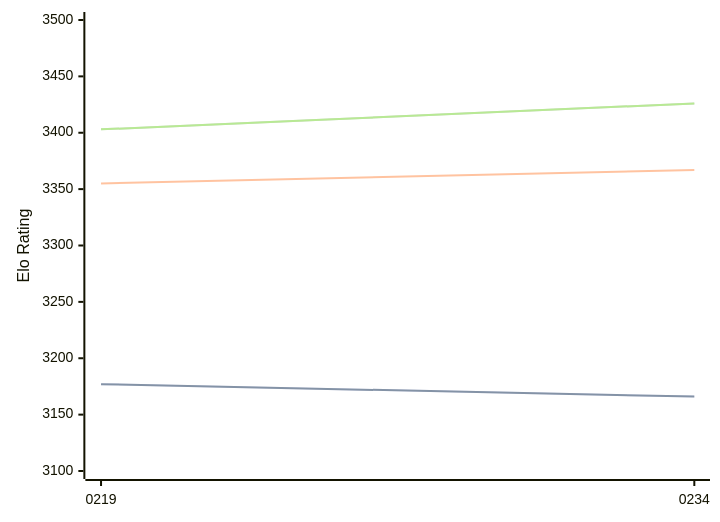
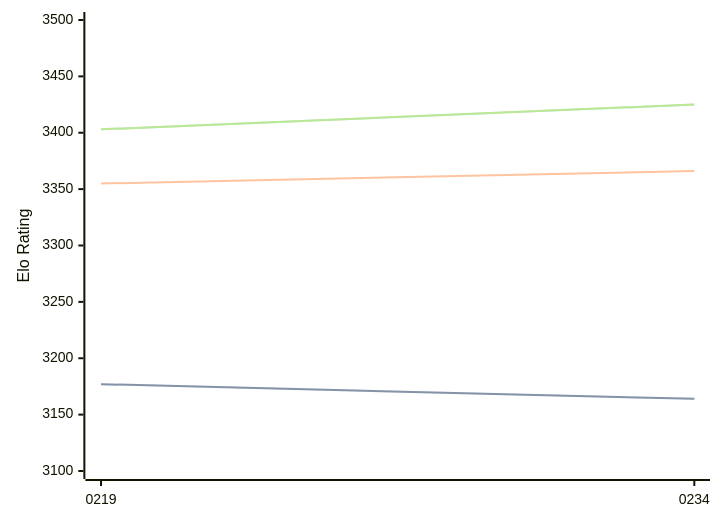
Before and after one commit to computer-chess-index/cci: the diagram in engines/Ynode.md, drawn with Mermaid. The commit also changed other lines of this file, not shown here.

Commit message:
Update CCI Ratings (ELO VLTC) - 2026-04-17

````diff
--- a/engines/Ynode.md
+++ b/engines/Ynode.md
@@ -39,11 +39,11 @@
 ```mermaid
 %%{init: {"theme":"base","themeVariables":{"seriesColors:['#a3a3a3','#222221','#faa371']}}}%%
 xychart-beta
   x-axis ["0219", "0234"]
   y-axis "Elo Rating" 3100 --> 3500
-  line "STC (8.0+0.08s)" [3177, 3166]
-  line "STC (8.0+0.08s)" [3177, 3166]
-  line "LTC (60.0+0.60s)" [3355, 3367]
-  line "VLTC (2m24s+1.12s)" [3403, 3426]
-  line "VLTC (2m24s+1.12s)" [3403, 3426]
+  line "STC (8.0+0.08s)" [3177, 3164]
+  line "STC (8.0+0.08s)" [3177, 3164]
+  line "LTC (60.0+0.60s)" [3355, 3366]
+  line "VLTC (2m24s+1.12s)" [3403, 3425]
+  line "VLTC (2m24s+1.12s)" [3403, 3425]
 ```
````
